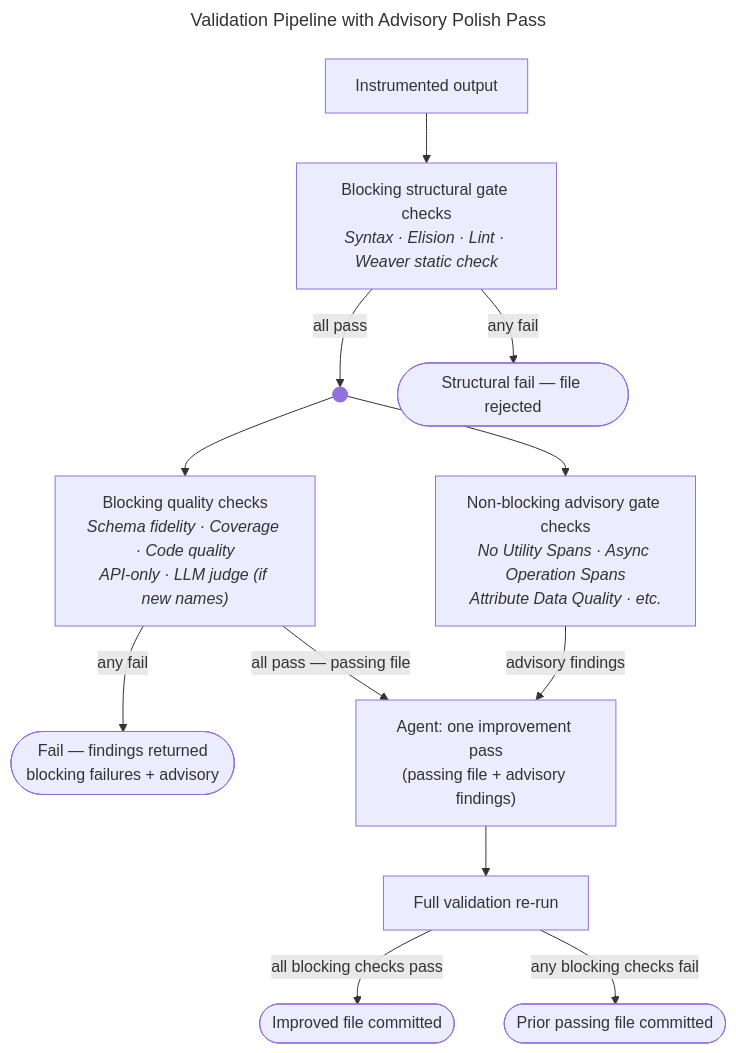
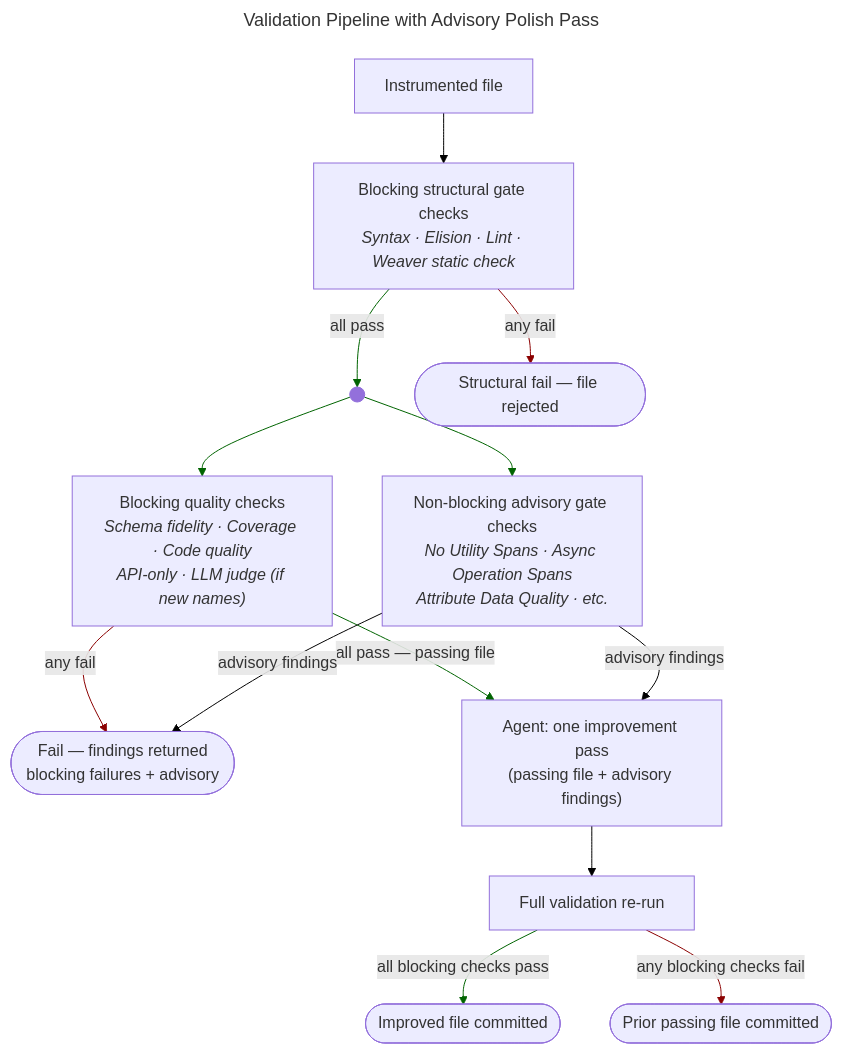
One commit to wiggitywhitney/spinybacked-orbweaver changed the diagram in docs/diagrams/validation-pipeline-with-advisory.mmd. Above: the diagram before and after it, drawn with Mermaid. The commit also changed 2 other files, not shown here.

Commit message:
docs: color-code arrows and final label refinements across diagrams
validation-pipeline-with-advisory: green/red/black arrow color coding
(passing paths green, fail paths red, neutral/advisory arrows black);
renamed top node to Instrumented file; added advisory findings arrow
to fail box; removed decision diamond in favor of direct labeled arrows
from blocking quality checks; added real italicized examples in all
three check boxes; labeled advisory findings arrow; Full validation
re-run (singular)

fix-loop: green on yes/accepted paths, red on escalation and terminal
failure paths

per-file-sequence: green on pass path, red on fail-to-fix-loop path

```diff
--- a/docs/diagrams/validation-pipeline-with-advisory.mmd
+++ b/docs/diagrams/validation-pipeline-with-advisory.mmd
@@ -1,37 +1,41 @@
 ---
 title: "Validation Pipeline with Advisory Polish Pass"
 ---
 %% ABOUTME: Validation pipeline — blocking and advisory checks run in parallel; fail paths branch to the side; advisory findings feed the polish pass
 flowchart TD
-    IN["Instrumented output"]
+    IN["Instrumented file"]
     G["`Blocking structural gate checks
 *Syntax · Elision · Lint · Weaver static check*`"]
     J(( ))
     B["`Blocking quality checks
 *Schema fidelity · Coverage · Code quality
 API-only · LLM judge (if new names)*`"]
     A["`Non-blocking advisory gate checks
 *No Utility Spans · Async Operation Spans
 Attribute Data Quality · etc.*`"]
     GFAIL(["Structural fail — file rejected"])
     SFAIL(["Fail — findings returned
 blocking failures + advisory"])
     AGENT["Agent: one improvement pass
 (passing file + advisory findings)"]
     RECHECK["Full validation re-run"]
     IMPROVED(["Improved file committed"])
     PRIOR(["Prior passing file committed"])
 
     IN --> G
     G -->|all pass| J
     G -->|any fail| GFAIL
     J --> B
     J --> A
     B -->|any fail| SFAIL
     B -->|"all pass — passing file"| AGENT
+    A -->|advisory findings| SFAIL
     A -->|advisory findings| AGENT
     AGENT --> RECHECK
     RECHECK -->|all blocking checks pass| IMPROVED
     RECHECK -->|any blocking checks fail| PRIOR
 
     style J fill:#9370DB,stroke:#9370DB,width:10px,height:10px
+    linkStyle 0,7,8,9 stroke:#000000
+    linkStyle 1,3,4,6,10 stroke:#006400
+    linkStyle 2,5,11 stroke:#8B0000
```
